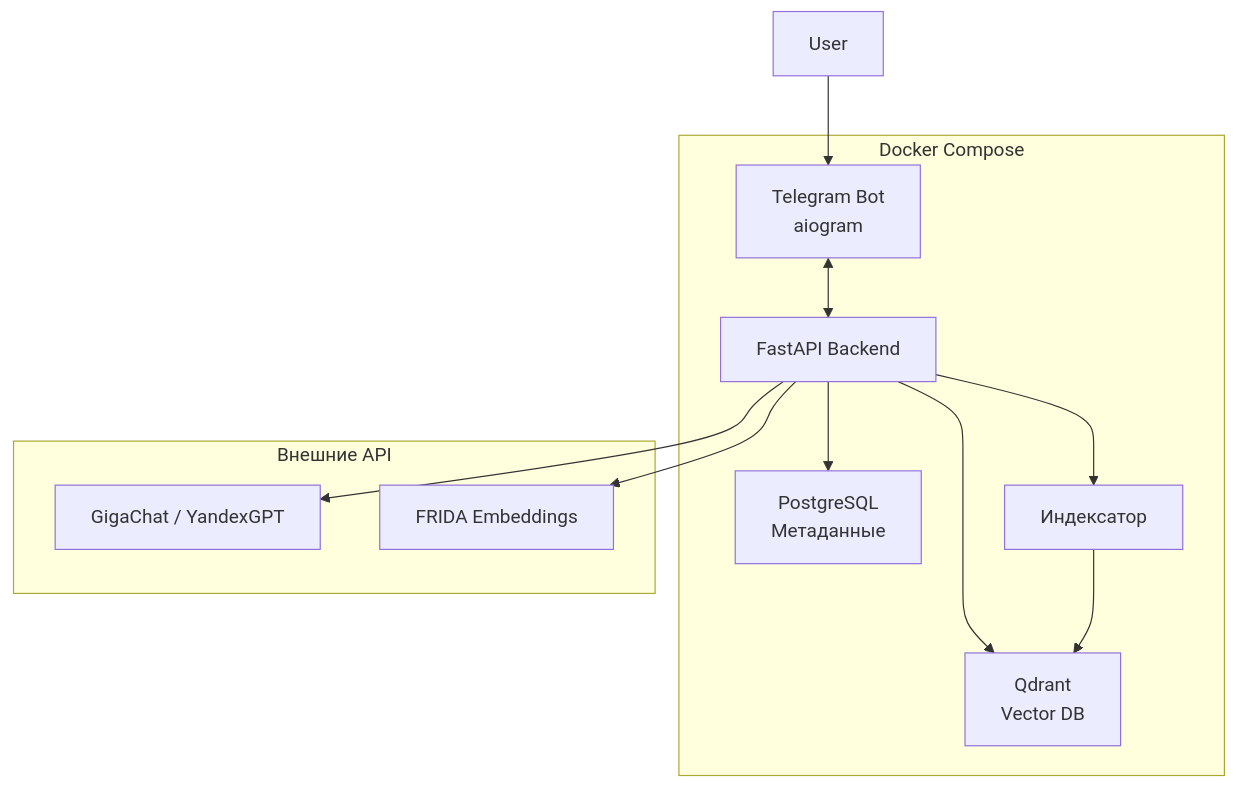
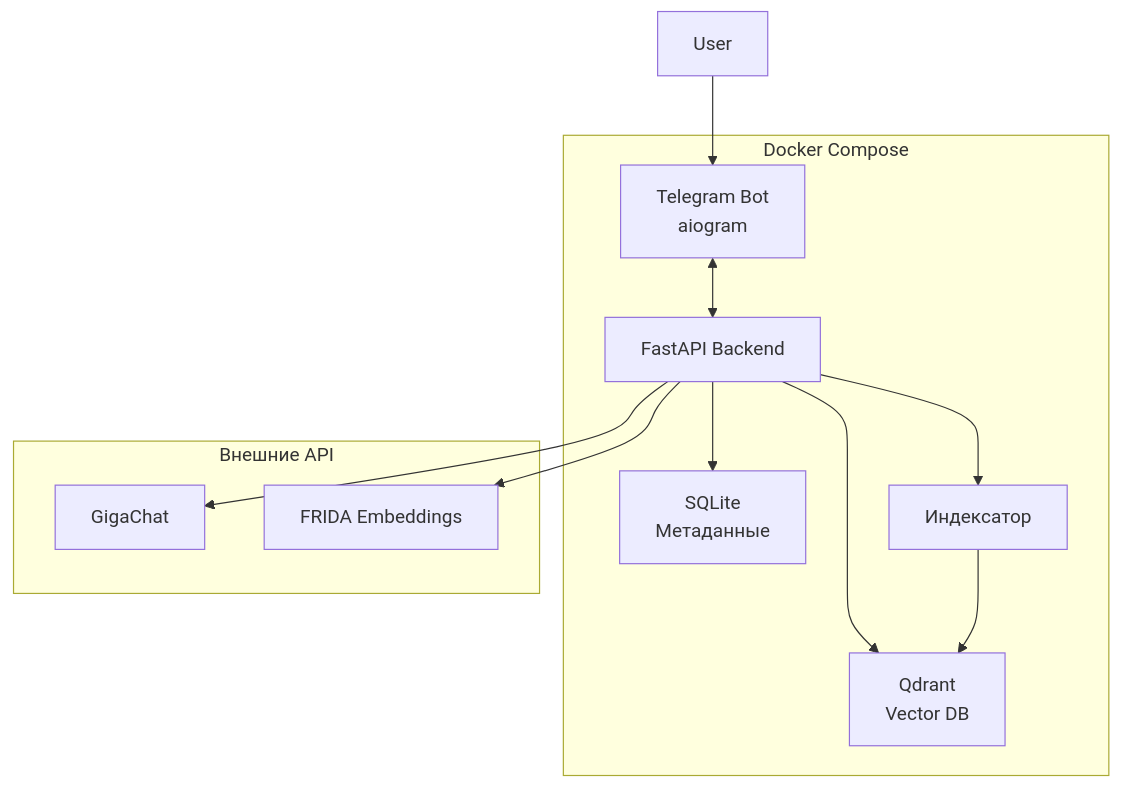
The second of 3 diagrams in docs/README.md (greathouseholder/final_project), drawn with Mermaid before and after one commit. The commit also changed other lines of this file, not shown here.

````diff
--- a/docs/README.md
+++ b/docs/README.md
@@ -94,24 +94,24 @@
 ```mermaid
 graph TD
     subgraph Docker[Docker Compose]
         Bot[Telegram Bot<br>aiogram]
         API[FastAPI Backend]
         Qdrant[Qdrant<br>Vector DB]
-        PG[PostgreSQL<br>Метаданные]
+        PG[SQLite<br>Метаданные]
         Indexer[Индексатор]
     end
 
     subgraph External[Внешние API]
-        LLM[GigaChat / YandexGPT]
+        LLM[GigaChat]
         Embed[FRIDA Embeddings]
     end
 
     User --> Bot
     Bot <--> API
     API --> Qdrant
     API --> PG
     API --> Indexer
     Indexer --> Qdrant
     API --> LLM
     API --> Embed
 ```
````
